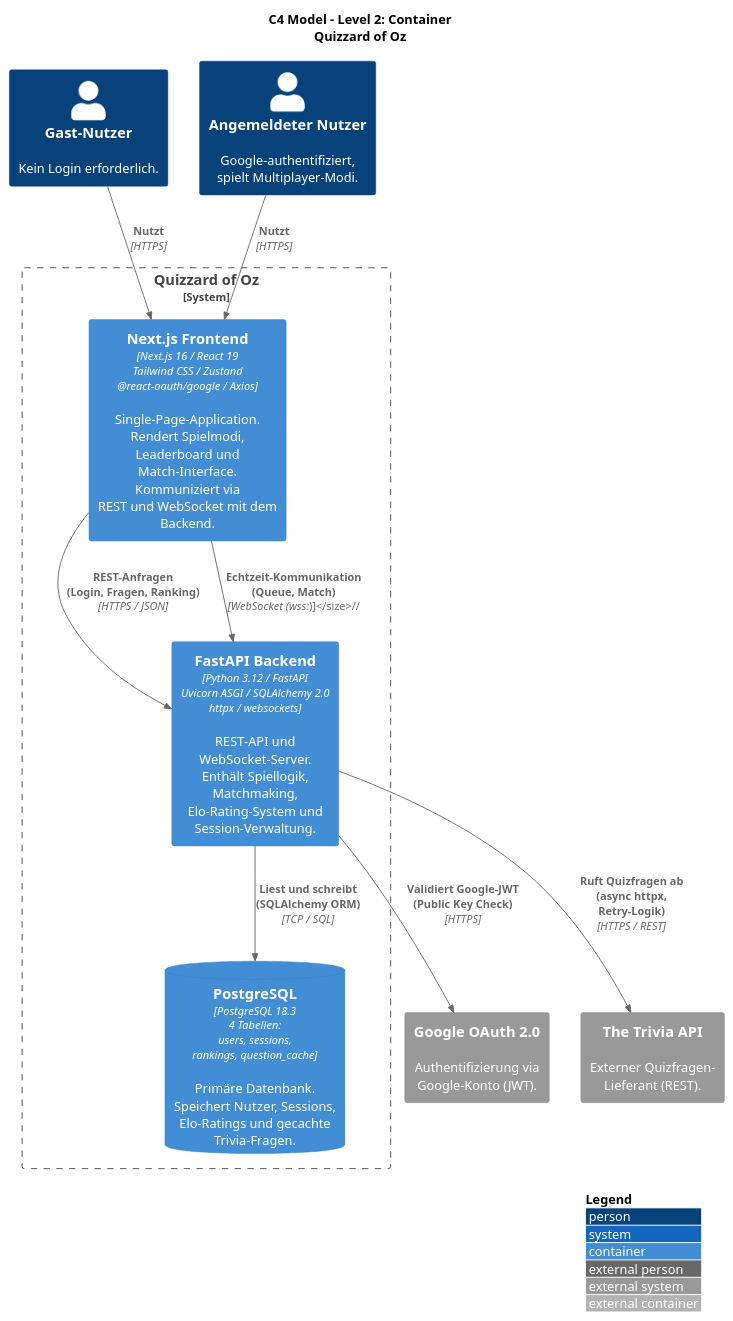
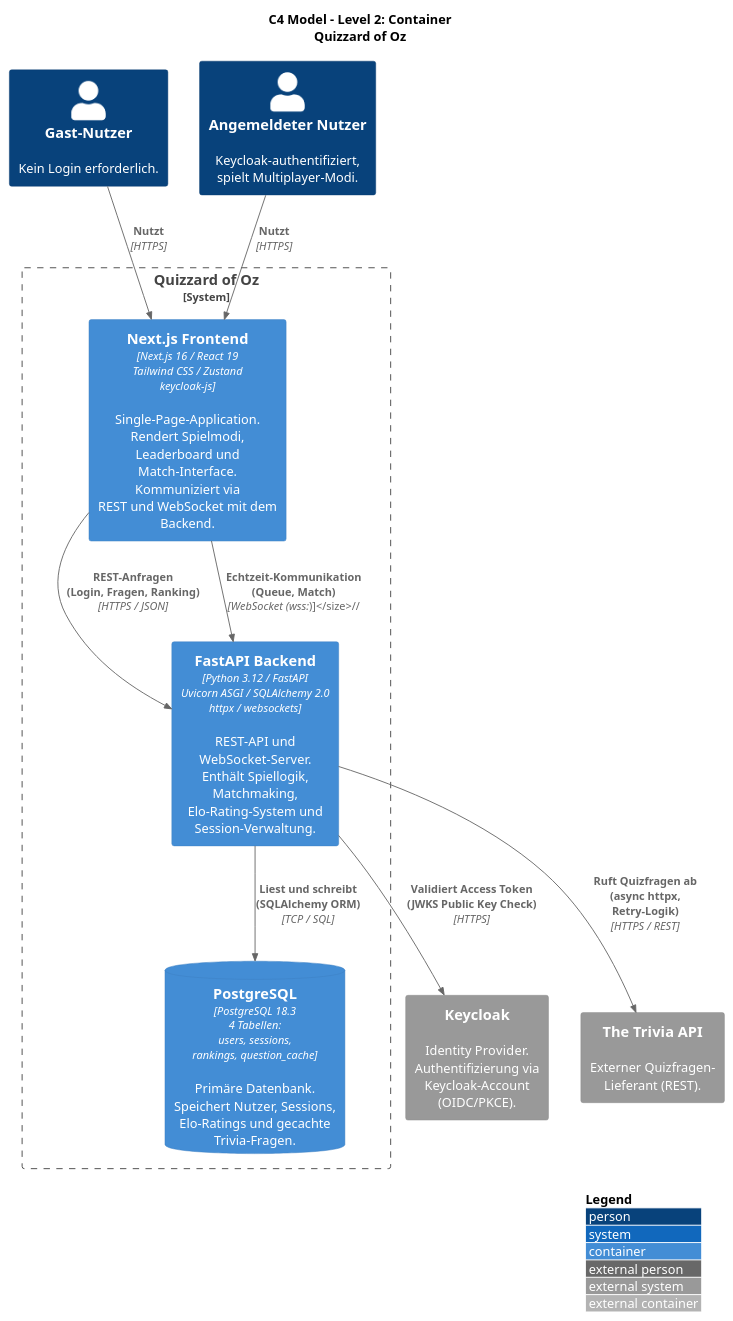
One commit to Gravefax/Quizzard-of-Oz changed the diagram in docs/c4/c2_container.puml. Above: the diagram before and after it, drawn with PlantUML. The commit also changed 38 other files, not shown here.

First line of the commit message:
feat: migrate authentication from Google OAuth to Keycloak

```diff
--- a/docs/c4/c2_container.puml
+++ b/docs/c4/c2_container.puml
@@ -1,34 +1,34 @@
 @startuml C2_Container
 !include https://raw.githubusercontent.com/plantuml-stdlib/C4-PlantUML/master/C4_Container.puml
 
 LAYOUT_WITH_LEGEND()
 
 title C4 Model - Level 2: Container\nQuizzard of Oz
 
 Person(guest, "Gast-Nutzer", "Kein Login erforderlich.")
-Person(user, "Angemeldeter Nutzer", "Google-authentifiziert,\nspielt Multiplayer-Modi.")
+Person(user, "Angemeldeter Nutzer", "Keycloak-authentifiziert,\nspielt Multiplayer-Modi.")
 
-System_Ext(google_oauth, "Google OAuth 2.0", "Authentifizierung via\nGoogle-Konto (JWT).")
+System_Ext(keycloak, "Keycloak", "Identity Provider.\nAuthentifizierung via\nKeycloak-Account (OIDC/PKCE).")
 System_Ext(trivia_api, "The Trivia API", "Externer Quizfragen-\nLieferant (REST).")
 
 System_Boundary(quizzard, "Quizzard of Oz") {
 
-    Container(frontend, "Next.js Frontend", "Next.js 16 / React 19\nTailwind CSS / Zustand\n@react-oauth/google / Axios", "Single-Page-Application.\nRendert Spielmodi, Leaderboard und\nMatch-Interface. Kommuniziert via\nREST und WebSocket mit dem Backend.")
+    Container(frontend, "Next.js Frontend", "Next.js 16 / React 19\nTailwind CSS / Zustand\nkeycloak-js", "Single-Page-Application.\nRendert Spielmodi, Leaderboard und\nMatch-Interface. Kommuniziert via\nREST und WebSocket mit dem Backend.")
 
     Container(backend, "FastAPI Backend", "Python 3.12 / FastAPI\nUvicorn ASGI / SQLAlchemy 2.0\nhttpx / websockets", "REST-API und WebSocket-Server.\nEnthält Spiellogik, Matchmaking,\nElo-Rating-System und\nSession-Verwaltung.")
 
     ContainerDb(database, "PostgreSQL", "PostgreSQL 18.3\n4 Tabellen:\nusers, sessions,\nrankings, question_cache", "Primäre Datenbank.\nSpeichert Nutzer, Sessions,\nElo-Ratings und gecachte\nTrivia-Fragen.")
 }
 
 Rel(guest, frontend, "Nutzt", "HTTPS")
 Rel(user, frontend, "Nutzt", "HTTPS")
 
 Rel(frontend, backend, "REST-Anfragen\n(Login, Fragen, Ranking)", "HTTPS / JSON")
 Rel(frontend, backend, "Echtzeit-Kommunikation\n(Queue, Match)", "WebSocket (wss://)")
 
 Rel(backend, database, "Liest und schreibt\n(SQLAlchemy ORM)", "TCP / SQL")
 
-Rel(backend, google_oauth, "Validiert Google-JWT\n(Public Key Check)", "HTTPS")
+Rel(backend, keycloak, "Validiert Access Token\n(JWKS Public Key Check)", "HTTPS")
 Rel(backend, trivia_api, "Ruft Quizfragen ab\n(async httpx, Retry-Logik)", "HTTPS / REST")
 
 @enduml
```
